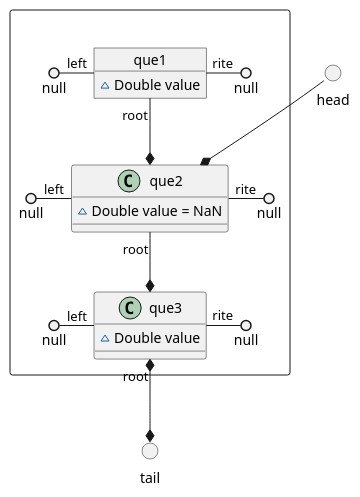
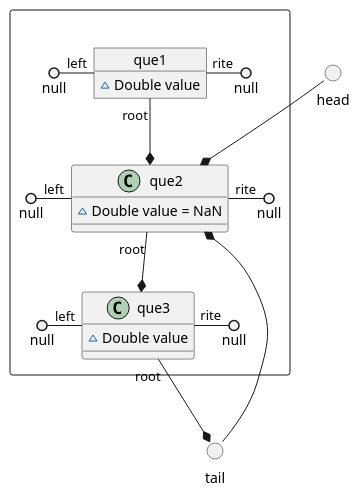
The diagram in src/docs/UML/reorderScheme/_02_queue.puml (vitalispopoff/calculator), drawn with PlantUML before and after one commit. The commit also changed 11 other files, not shown here.

```diff
--- a/src/docs/UML/reorderScheme/_02_queue.puml
+++ b/src/docs/UML/reorderScheme/_02_queue.puml
@@ -1,32 +1,33 @@
 @startuml
 
 () head
 () tail
 
 package " " <<Rectangle>>{
 
          head --* que2
 
     object que1{
         ~ Double value
     }
     null ()- "left" que1
         que1 "rite" -() null
         que1 "root" --* que2
 
     object que2{
         ~ Double value = NaN
     }
         null ()- "left" que2
         que2 "rite" -() null
         que2 "root" --* que3
+        que2 *-- tail
 
     object que3{
         ~ Double value
     }
         null ()- "left" que3
         que3 "rite" -() null
-        que3 "root" *--* tail
+        que3 "root" --* tail
 }
 
 @enduml
```
